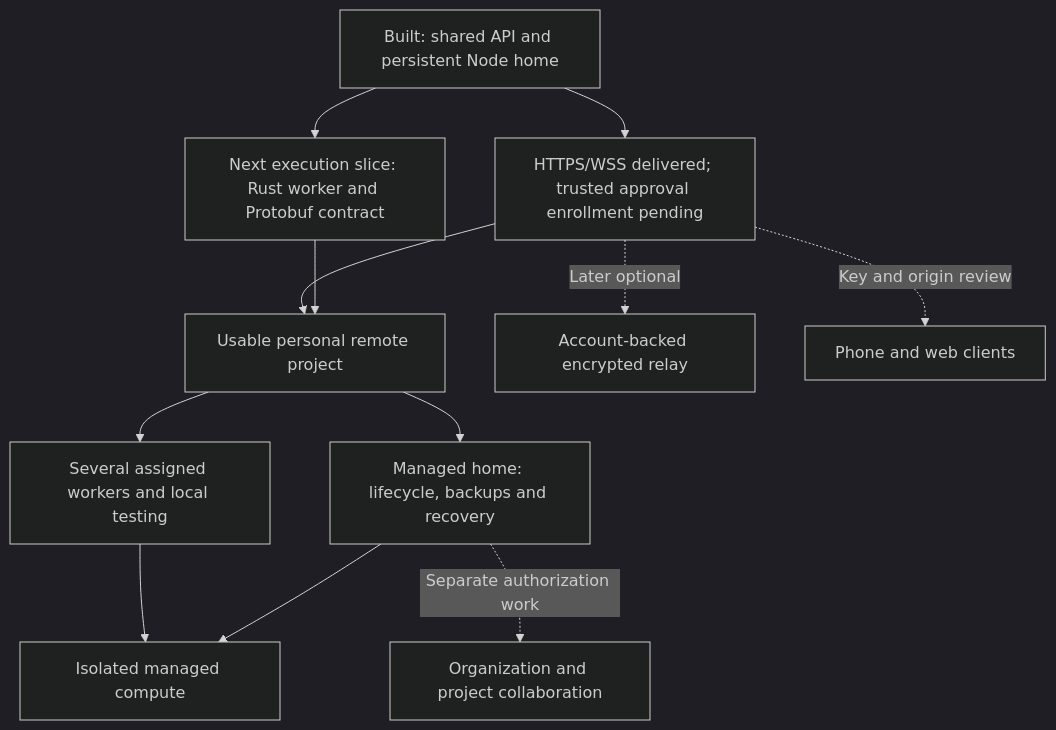
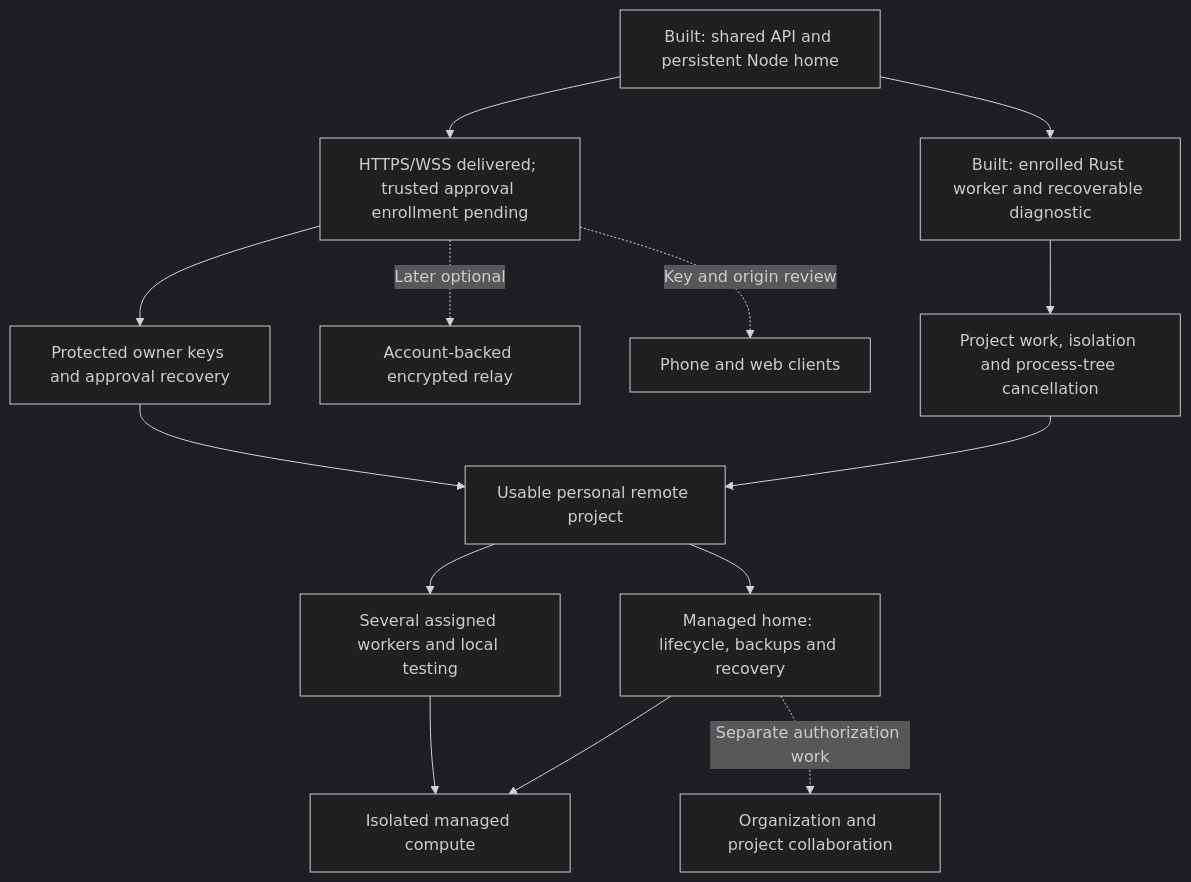
Before and after one commit to AltharIDE/althar: the second of 2 diagrams in docs/decisions/proposed/103-projects-live-locally-or-on-a-host-and-place-work-in-pools.md, drawn with Mermaid (dark theme). The commit also changed other lines of this file and 33 other files, not shown here.

Commit message:
Run one recoverable diagnostic on an enrolled Linux worker

````diff
--- a/docs/decisions/proposed/103-projects-live-locally-or-on-a-host-and-place-work-in-pools.md
+++ b/docs/decisions/proposed/103-projects-live-locally-or-on-a-host-and-place-work-in-pools.md
@@ -475,15 +483,17 @@
 ```mermaid
 flowchart TD
     Existing[Built: shared API and persistent Node home]
     Existing --> Direct[HTTPS/WSS delivered; trusted approval enrollment pending]
-    Existing --> Worker[Next execution slice: Rust worker and Protobuf contract]
-    Direct --> Personal[Usable personal remote project]
-    Worker --> Personal
+    Existing --> Worker[Built: enrolled Rust worker and recoverable diagnostic]
+    Direct --> Approval[Protected owner keys and approval recovery]
+    Worker --> Commands[Project work, isolation and process-tree cancellation]
+    Approval --> Personal[Usable personal remote project]
+    Commands --> Personal
     Personal --> Pools[Several assigned workers and local testing]
     Personal --> Hosted[Managed home: lifecycle, backups and recovery]
     Pools --> Cloud[Isolated managed compute]
     Hosted --> Cloud
     Direct -. Later optional .-> Relay[Account-backed encrypted relay]
     Direct -. Key and origin review .-> Clients[Phone and web clients]
     Hosted -. Separate authorization work .-> Multiplayer[Organization and project collaboration]
 ```
````
